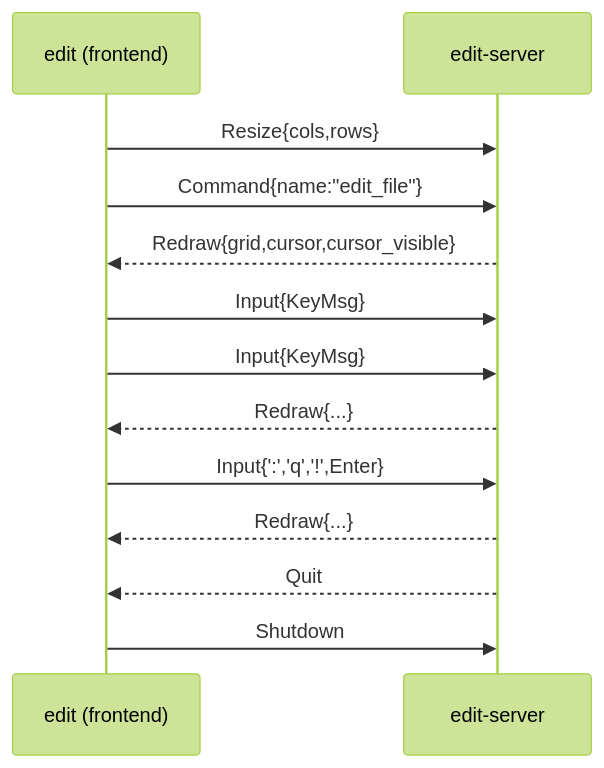
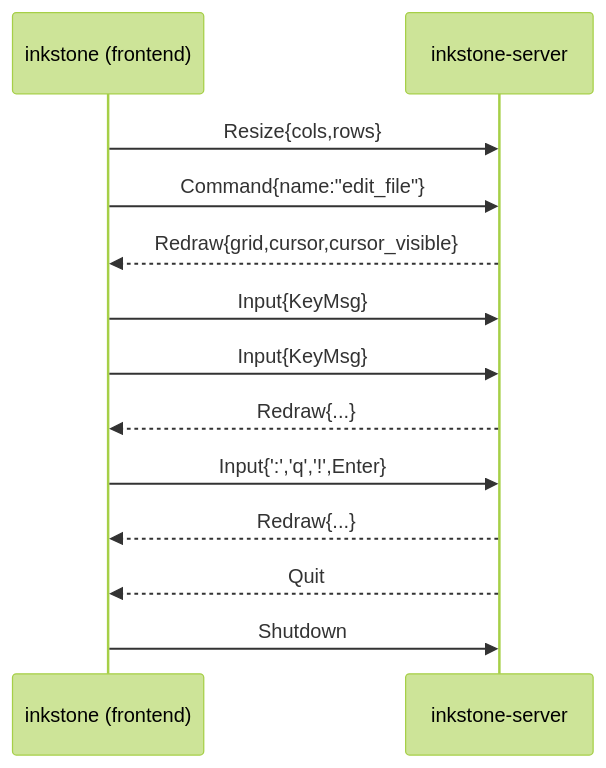
The diagram in ARCHITECTURE.md (Tydwdh/inkstone), drawn with Mermaid (forest theme) before and after one commit. The commit also changed other lines of this file and 26 other files, not shown here.

````diff
--- a/ARCHITECTURE.md
+++ b/ARCHITECTURE.md
@@ -29,15 +29,15 @@
 ```mermaid
 sequenceDiagram
-    participant F as edit (frontend)
-    participant D as edit-server
+    participant F as inkstone (frontend)
+    participant D as inkstone-server
     F->>D: Resize{cols,rows}
     F->>D: Command{name:"edit_file"}
     D-->>F: Redraw{grid,cursor,cursor_visible}
     F->>D: Input{KeyMsg}
     F->>D: Input{KeyMsg}
     D-->>F: Redraw{...}
     F->>D: Input{':','q','!',Enter}
     D-->>F: Redraw{...}
     D-->>F: Quit
     F->>D: Shutdown
 ```
````
